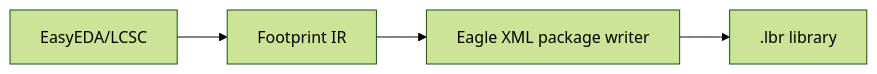
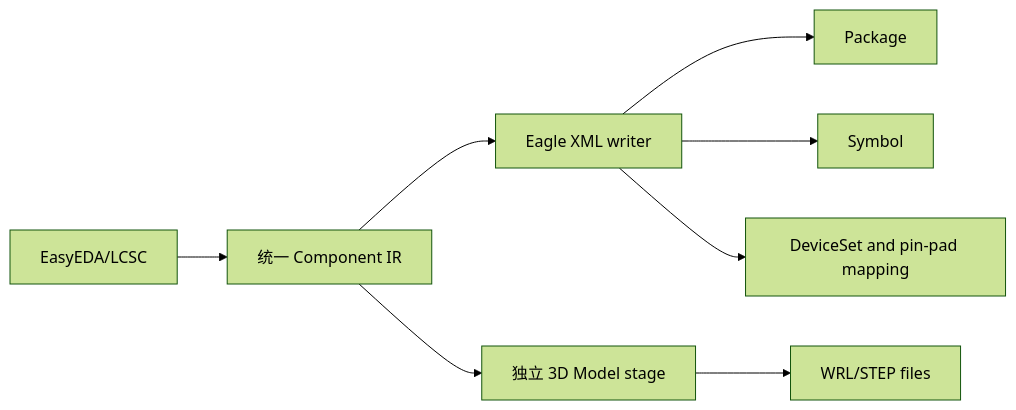
Before and after one commit to EasyKiconverter/EasyKiConverter: the diagram in docs/developer/EAGLE_EXPORT.md, drawn with Mermaid (forest theme). The commit also changed other lines of this file and 16 other files, not shown here.

First line of the commit message:
feat(eagle): 增加完整 XML 库导出

````diff
--- a/docs/developer/EAGLE_EXPORT.md
+++ b/docs/developer/EAGLE_EXPORT.md
@@ -5,6 +5,10 @@
 ```mermaid
 flowchart LR
-    Source[EasyEDA/LCSC] --> IR[Footprint IR]
-    IR --> Writer[Eagle XML package writer]
-    Writer --> Library[.lbr library]
+    Source[EasyEDA/LCSC] --> ComponentIR[统一 Component IR]
+    ComponentIR --> XML[Eagle XML writer]
+    XML --> Package[Package]
+    XML --> Symbol[Symbol]
+    XML --> DeviceSet[DeviceSet and pin-pad mapping]
+    ComponentIR --> ModelStage[独立 3D Model stage]
+    ModelStage --> Models[WRL/STEP files]
 ```
````
